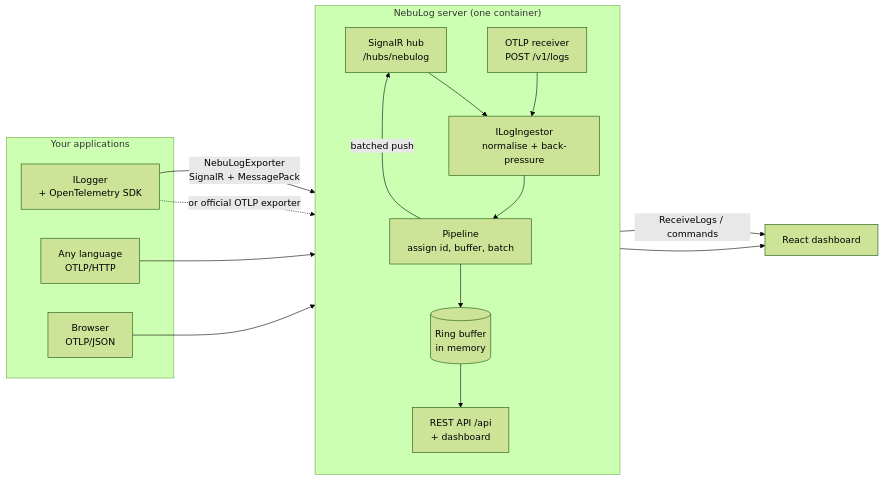
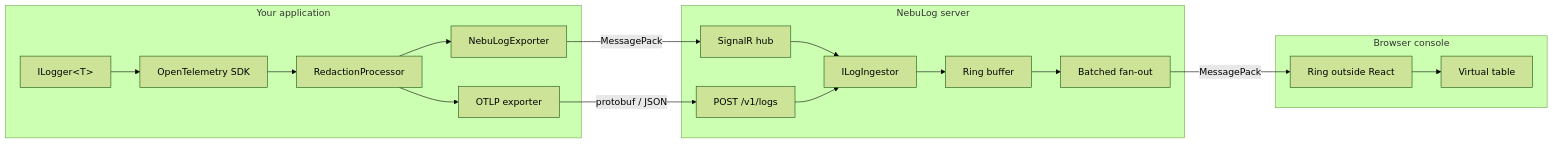
One commit to imadyTech/NebuLog changed the diagram in README.md. Above: the diagram before and after it, drawn with Mermaid (forest theme). The commit also changed other lines of this file and 12 other files, not shown here.

````diff
--- a/README.md
+++ b/README.md
@@ -15,31 +198,24 @@
 ```mermaid
 flowchart LR
-  subgraph producers["Your applications"]
-    A["ILogger<br/>+ OpenTelemetry SDK"]
-    B["Any language<br/>OTLP/HTTP"]
-    C["Browser<br/>OTLP/JSON"]
-  end
+    subgraph app["Your application"]
+        logger["ILogger&lt;T&gt;"] --> sdk["OpenTelemetry SDK"]
+        sdk --> redact["RedactionProcessor"]
+        redact --> exp["NebuLogExporter"]
+        redact --> otlp["OTLP exporter"]
+    end
 
-  subgraph server["NebuLog server (one container)"]
-    direction TB
-    H["SignalR hub<br/>/hubs/nebulog"]
-    O["OTLP receiver<br/>POST /v1/logs"]
-    I["ILogIngestor<br/>normalise + back-pressure"]
-    P["Pipeline<br/>assign id, buffer, batch"]
-    R[("Ring buffer<br/>in memory")]
-    D["REST API /api<br/>+ dashboard"]
-    H --> I
-    O --> I
-    I --> P
-    P --> R
-    P -->|"batched push"| H
-    R --> D
-  end
+    subgraph server["NebuLog server"]
+        hub["SignalR hub"] --> ingest["ILogIngestor"]
+        rest["POST /v1/logs"] --> ingest
+        ingest --> ring["Ring buffer"]
+        ring --> push["Batched fan-out"]
+    end
 
-  A -->|"NebuLogExporter<br/>SignalR + MessagePack"| H
-  A -.->|"or official OTLP exporter"| O
-  B --> O
-  C --> O
-  H -->|"ReceiveLogs / commands"| V["React dashboard"]
-  D --> V
+    subgraph browser["Browser console"]
+        store["Ring outside React"] --> table["Virtual table"]
+    end
+
+    exp -->|MessagePack| hub
+    otlp -->|protobuf / JSON| rest
+    push -->|MessagePack| store
 ```
````
